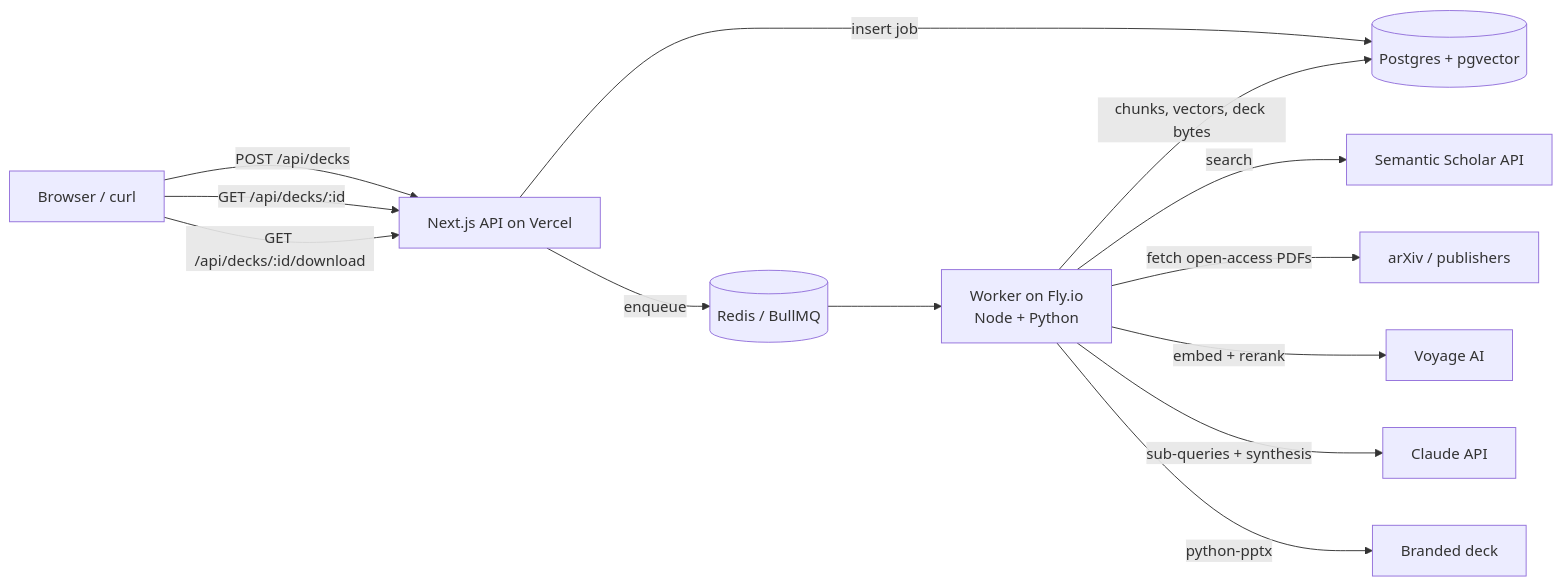
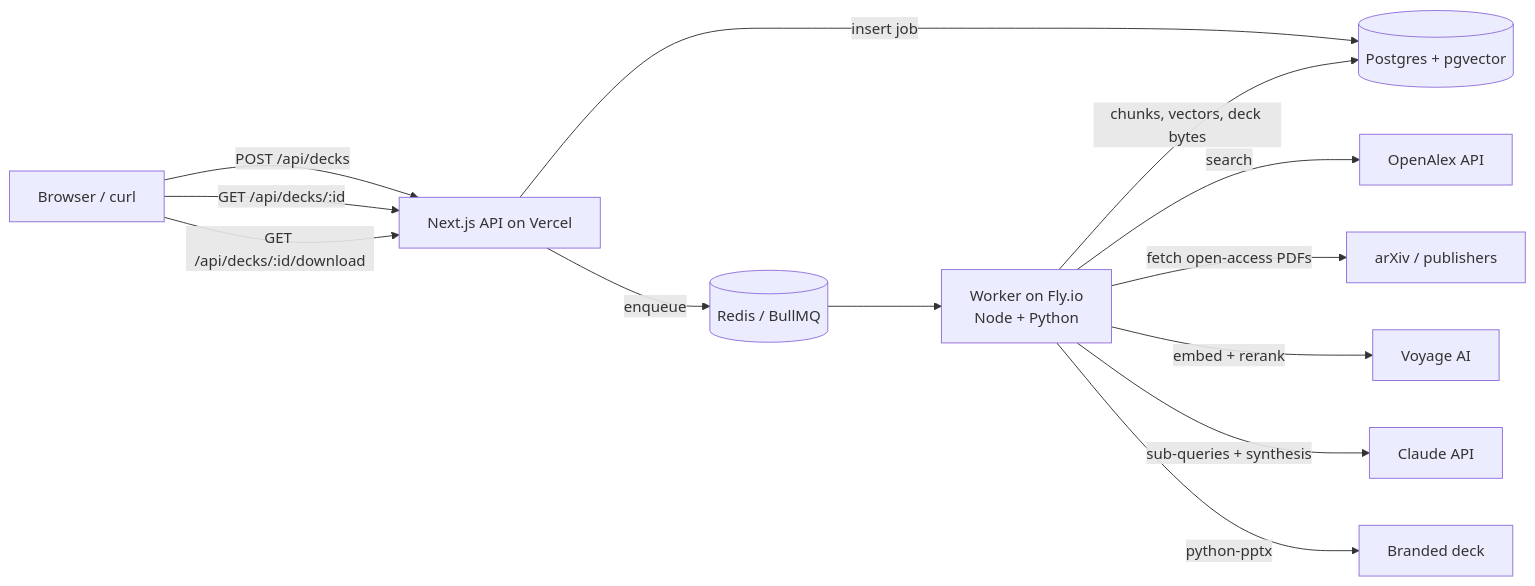
The diagram in README.md (gengirish/research-to-deck), drawn with Mermaid before and after one commit. The commit also changed other lines of this file and 2 other files, not shown here.

First line of the commit message:
Embed the architecture diagram in the README

````diff
--- a/README.md
+++ b/README.md
@@ -9,15 +24,15 @@
 ```mermaid
 flowchart LR
   U[Browser / curl] -->|POST /api/decks| API[Next.js API on Vercel]
   API -->|insert job| PG[(Postgres + pgvector)]
   API -->|enqueue| R[(Redis / BullMQ)]
   R --> W[Worker on Fly.io<br/>Node + Python]
-  W -->|search| S2[Semantic Scholar API]
+  W -->|search| S2[OpenAlex API]
   W -->|fetch open-access PDFs| PDF[arXiv / publishers]
   W -->|embed + rerank| V[Voyage AI]
   W -->|sub-queries + synthesis| C[Claude API]
   W -->|python-pptx| PPTX[Branded deck]
   W -->|chunks, vectors, deck bytes| PG
   U -->|GET /api/decks/:id| API
   U -->|GET /api/decks/:id/download| API
 ```
````
